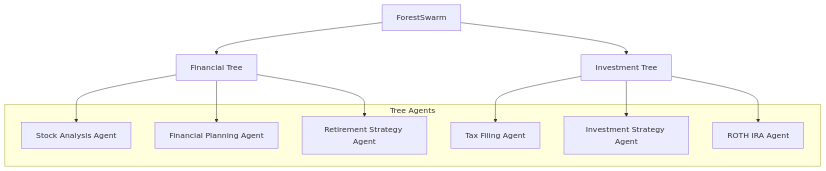
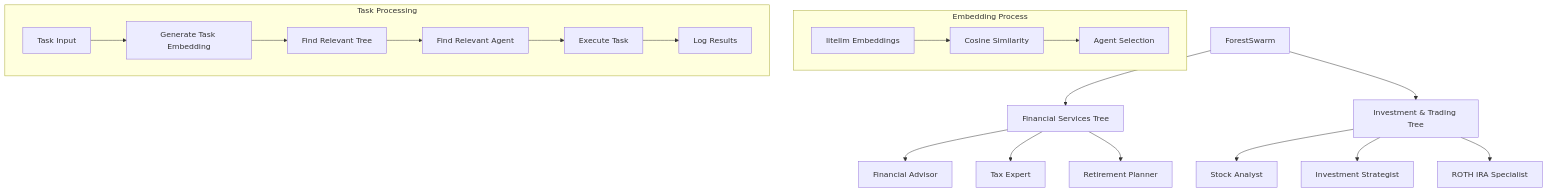
The diagram in docs/swarms/structs/forest_swarm.md (kyegomez/swarms), drawn with Mermaid before and after one commit. The commit also changed other lines of this file and 6 other files, not shown here.

Commit message:
[IMPROVEMENT][Remove sentence transformers from forest swarm and instead use litellm] [UPDATE][DOCs]

````diff
--- a/docs/swarms/structs/forest_swarm.md
+++ b/docs/swarms/structs/forest_swarm.md
@@ -160,22 +252,26 @@
 ```mermaid
 graph TD
-    A[ForestSwarm] --> B[Financial Tree]
-    A --> C[Investment Tree]
+    A[ForestSwarm] --> B[Financial Services Tree]
+    A --> C[Investment & Trading Tree]
     
-    B --> D[Stock Analysis Agent]
-    B --> E[Financial Planning Agent]
-    B --> F[Retirement Strategy Agent]
+    B --> D[Financial Advisor]
+    B --> E[Tax Expert]
+    B --> F[Retirement Planner]
     
-    C --> G[Tax Filing Agent]
-    C --> H[Investment Strategy Agent]
-    C --> I[ROTH IRA Agent]
+    C --> G[Stock Analyst]
+    C --> H[Investment Strategist]
+    C --> I[ROTH IRA Specialist]
 
-    subgraph Tree Agents
-        D[Stock Analysis Agent]
-        E[Financial Planning Agent]
-        F[Retirement Strategy Agent]
-        G[Tax Filing Agent]
-        H[Investment Strategy Agent]
-        I[ROTH IRA Agent]
+    subgraph Embedding Process
+        J[litellm Embeddings] --> K[Cosine Similarity]
+        K --> L[Agent Selection]
+    end
+
+    subgraph Task Processing
+        M[Task Input] --> N[Generate Task Embedding]
+        N --> O[Find Relevant Tree]
+        O --> P[Find Relevant Agent]
+        P --> Q[Execute Task]
+        Q --> R[Log Results]
     end
 ```
````
